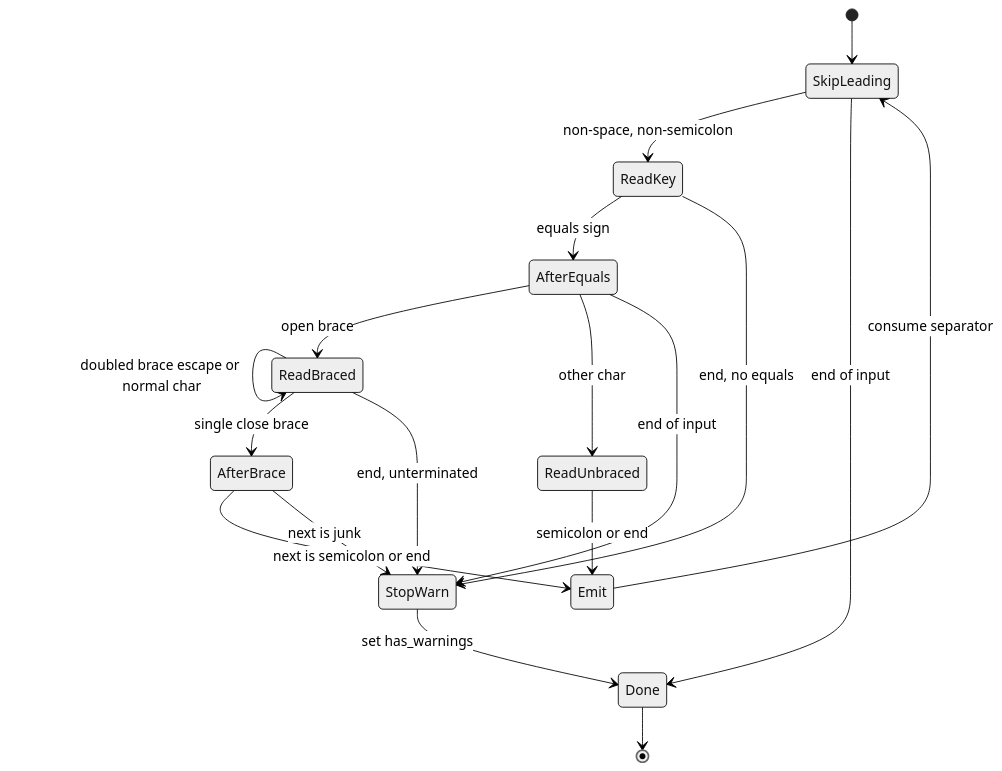
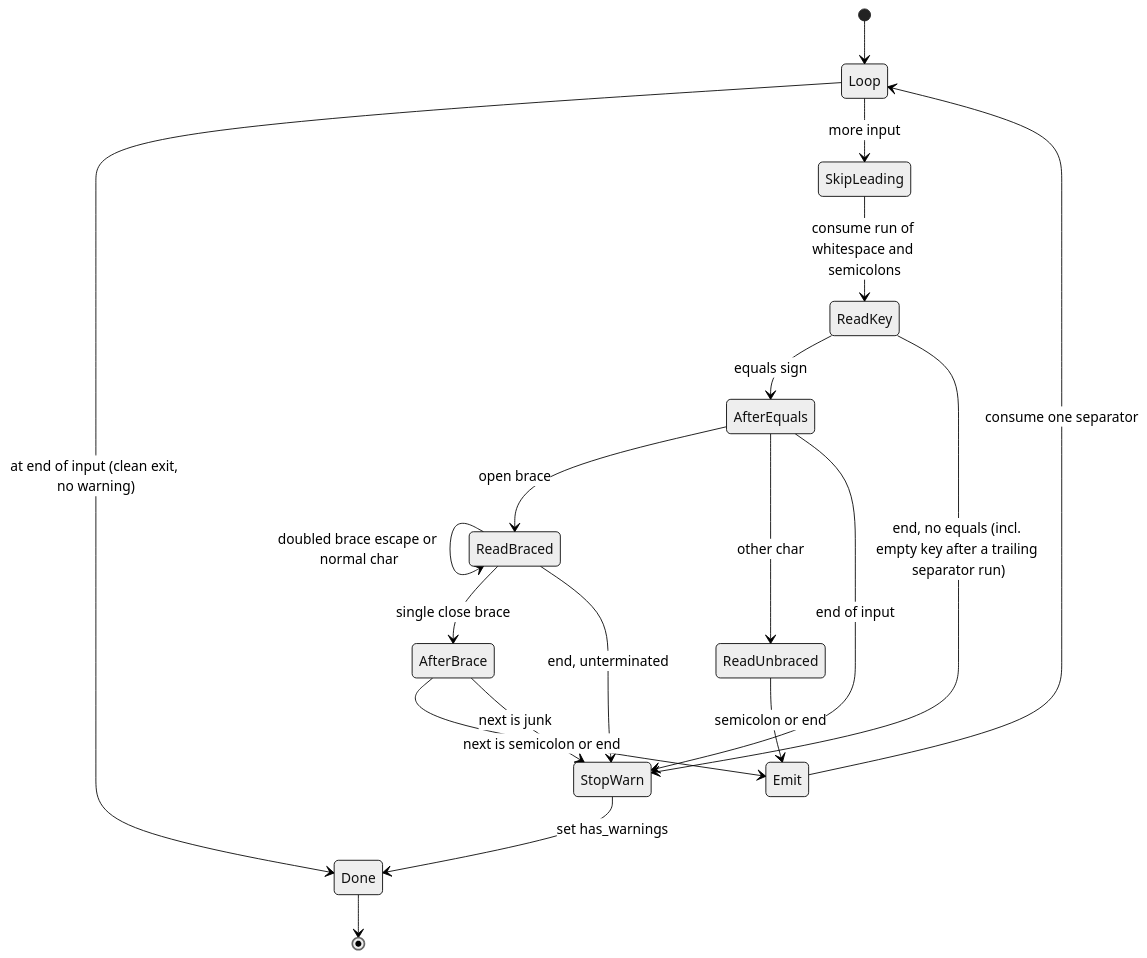
Before and after one commit to microsoft/mssql-rs: the diagram in mssql-odbc/docs/connection_string_parser.md, drawn with Mermaid (neutral theme). The commit also changed other lines of this file and 2 other files, not shown here.

First line of the commit message:
Match msodbcsql 01S00 on trailing separator runs

````diff
--- a/mssql-odbc/docs/connection_string_parser.md
+++ b/mssql-odbc/docs/connection_string_parser.md
@@ -68,20 +78,21 @@
 ```mermaid
 stateDiagram-v2
-    [*] --> SkipLeading
-    SkipLeading --> ReadKey: non-space, non-semicolon
-    SkipLeading --> Done: end of input
+    [*] --> Loop
+    Loop --> Done: at end of input (clean exit, no warning)
+    Loop --> SkipLeading: more input
+    SkipLeading --> ReadKey: consume run of whitespace and semicolons
     ReadKey --> AfterEquals: equals sign
-    ReadKey --> StopWarn: end, no equals
+    ReadKey --> StopWarn: end, no equals (incl. empty key after a trailing separator run)
     AfterEquals --> ReadBraced: open brace
     AfterEquals --> ReadUnbraced: other char
     AfterEquals --> StopWarn: end of input
     ReadBraced --> ReadBraced: doubled brace escape or normal char
     ReadBraced --> AfterBrace: single close brace
     ReadBraced --> StopWarn: end, unterminated
     AfterBrace --> Emit: next is semicolon or end
     AfterBrace --> StopWarn: next is junk
     ReadUnbraced --> Emit: semicolon or end
-    Emit --> SkipLeading: consume separator
+    Emit --> Loop: consume one separator
     StopWarn --> Done: set has_warnings
     Done --> [*]
 ```
````
